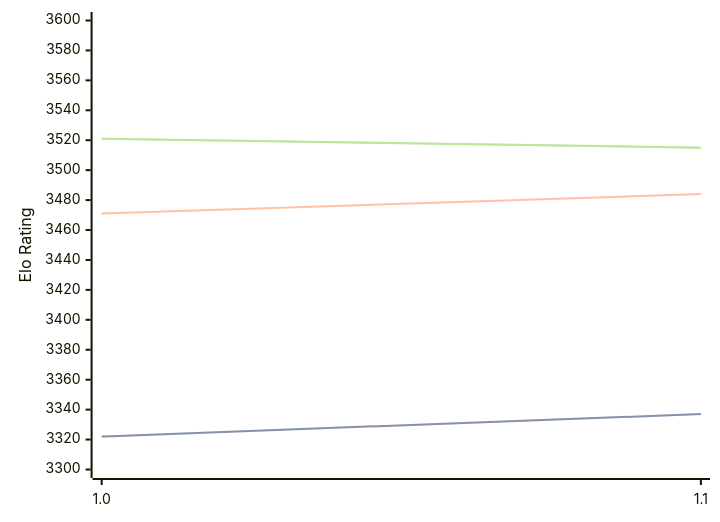
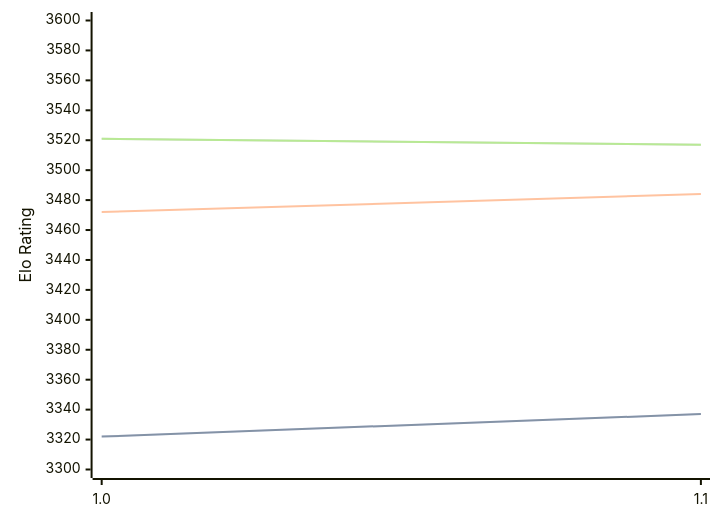
One commit to computer-chess-index/cci changed the diagram in engines/Horsie.md. Above: the diagram before and after it, drawn with Mermaid. The commit also changed other lines of this file, not shown here.

Commit message:
Update CCI Ratings (ELO VLTC) - 2026-05-22

````diff
--- a/engines/Horsie.md
+++ b/engines/Horsie.md
@@ -32,11 +32,11 @@
 ```mermaid
 %%{init: {"theme":"base","themeVariables":{"seriesColors:['#a3a3a3','#222221','#faa371']}}}%%
 xychart-beta
   x-axis ["1.0", "1.1"]
   y-axis "Elo Rating" 3300 --> 3600
   line "STC (8.0+0.08s)" [3322, 3337]
   line "STC (8.0+0.08s)" [3322, 3337]
-  line "LTC (60.0+0.60s)" [3471, 3484]
-  line "VLTC (2m24s+1.12s)" [3521, 3515]
-  line "VLTC (2m24s+1.12s)" [3521, 3515]
+  line "LTC (60.0+0.60s)" [3472, 3484]
+  line "VLTC (2m24s+1.12s)" [3521, 3517]
+  line "VLTC (2m24s+1.12s)" [3521, 3517]
 ```
````
